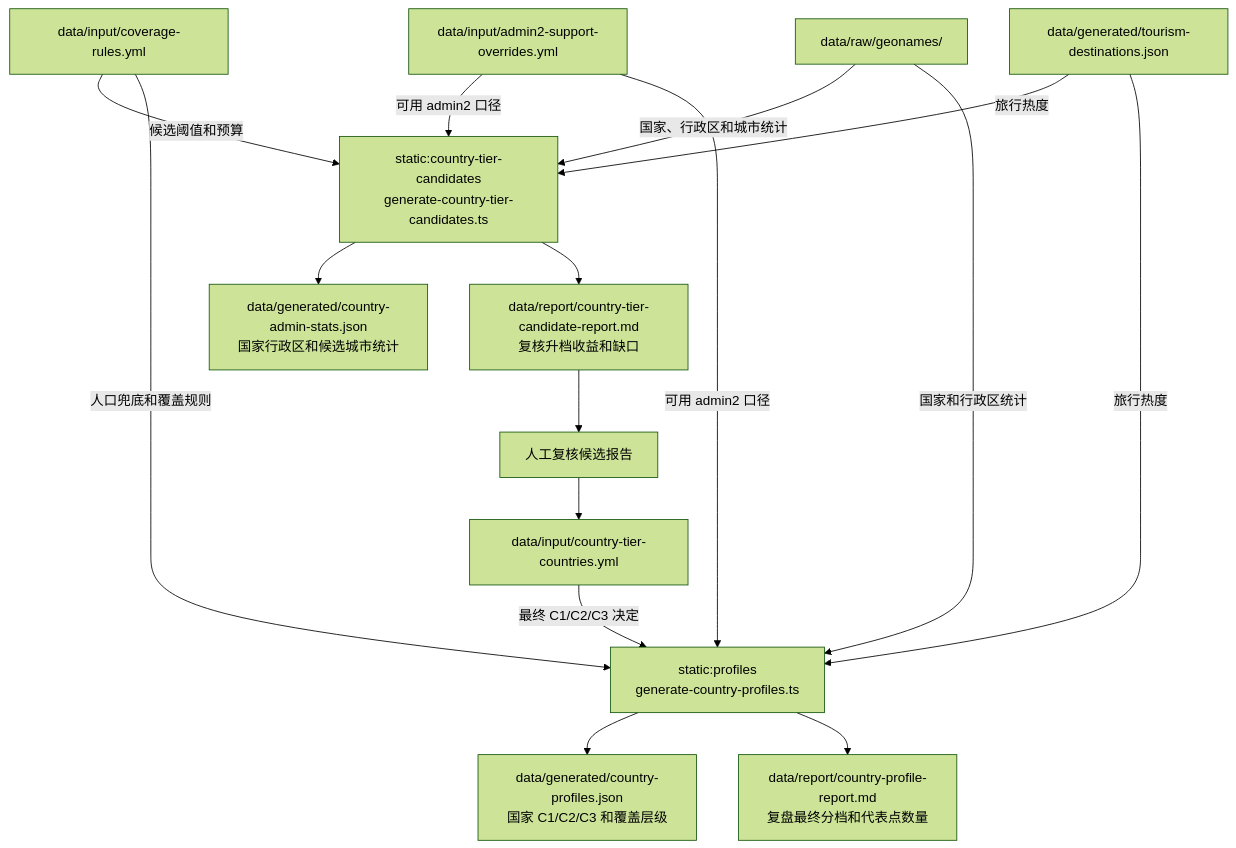
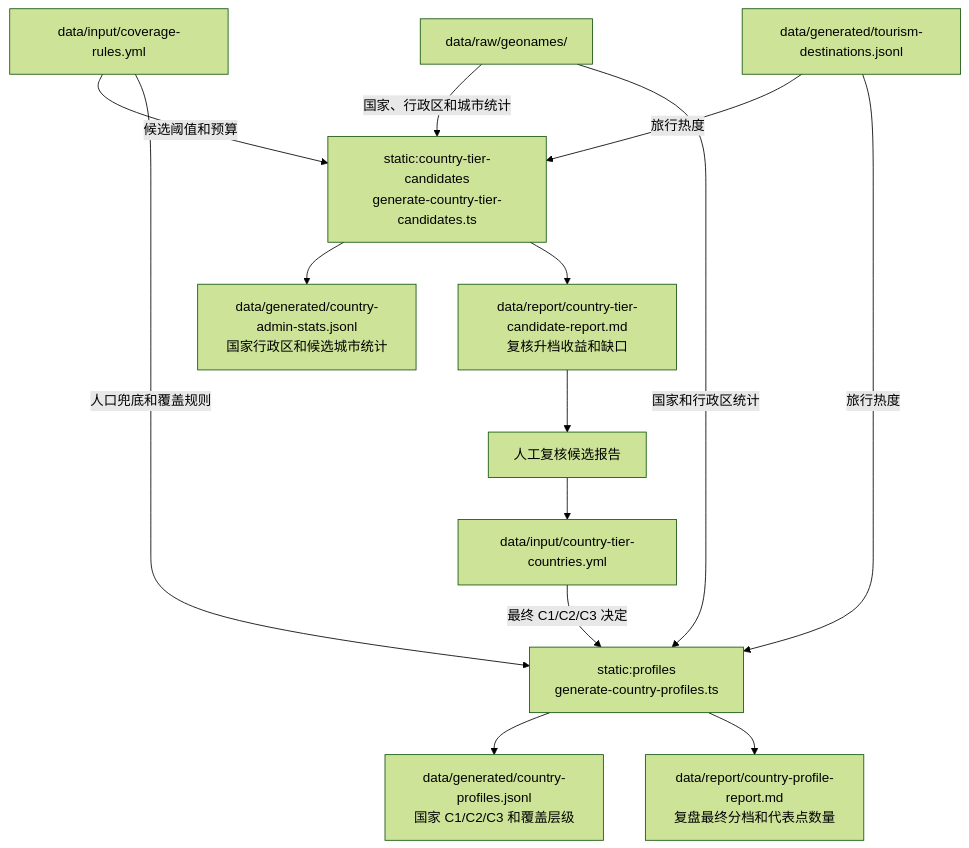
One commit to xiaomingio/weather-trip changed the third of 6 diagrams in docs/specs/31-data-flow.md. Above: the diagram before and after it, drawn with Mermaid (forest theme). The commit also changed other lines of this file and 499 other files, not shown here.

Commit message:
chore: compact generated public data

````diff
--- a/docs/specs/31-data-flow.md
+++ b/docs/specs/31-data-flow.md
@@ -156,29 +190,26 @@
 ```mermaid
 flowchart TB
   coverageRules["data/input/coverage-rules.yml"]
-  admin2Support["data/input/admin2-support-overrides.yml"]
   rawGeonames["data/raw/geonames/"]
-  tourismGenerated["data/generated/tourism-destinations.json"]
+  tourismGenerated["data/generated/tourism-destinations.jsonl"]
   generateCoverageCandidates["static:country-tier-candidates<br/>generate-country-tier-candidates.ts"]
-  countryAdminStats["data/generated/country-admin-stats.json<br/>国家行政区和候选城市统计"]
+  countryAdminStats["data/generated/country-admin-stats.jsonl<br/>国家行政区和候选城市统计"]
   coverageCandidateReport["data/report/country-tier-candidate-report.md<br/>复核升档收益和缺口"]
   tierReview["人工复核候选报告"]
   coverageTierInput["data/input/country-tier-countries.yml"]
   generateProfiles["static:profiles<br/>generate-country-profiles.ts"]
-  profilesData["data/generated/country-profiles.json<br/>国家 C1/C2/C3 和覆盖层级"]
+  profilesData["data/generated/country-profiles.jsonl<br/>国家 C1/C2/C3 和覆盖层级"]
   profilesReport["data/report/country-profile-report.md<br/>复盘最终分档和代表点数量"]
 
   coverageRules -->|候选阈值和预算| generateCoverageCandidates
-  admin2Support -->|可用 admin2 口径| generateCoverageCandidates
   rawGeonames -->|国家、行政区和城市统计| generateCoverageCandidates
   tourismGenerated -->|旅行热度| generateCoverageCandidates
   generateCoverageCandidates --> countryAdminStats
   generateCoverageCandidates --> coverageCandidateReport --> tierReview --> coverageTierInput
   coverageTierInput -->|最终 C1/C2/C3 决定| generateProfiles
   coverageRules -->|人口兜底和覆盖规则| generateProfiles
-  admin2Support -->|可用 admin2 口径| generateProfiles
   rawGeonames -->|国家和行政区统计| generateProfiles
   tourismGenerated -->|旅行热度| generateProfiles
   generateProfiles --> profilesData
   generateProfiles --> profilesReport
 ```
````
